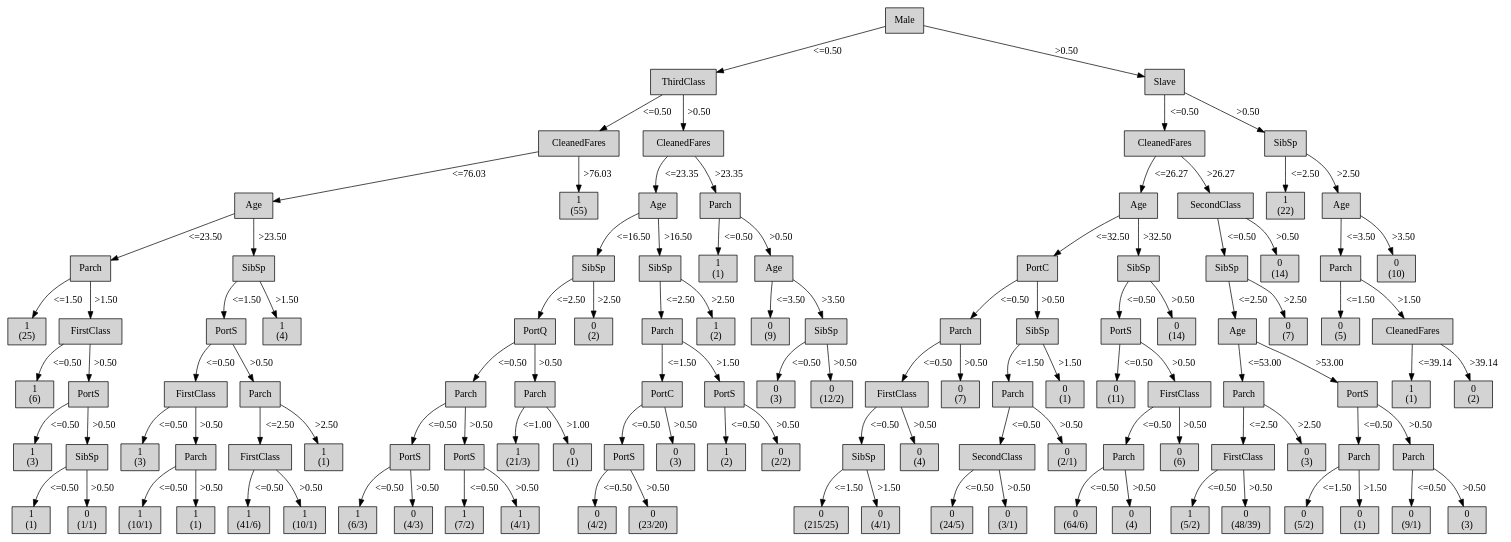
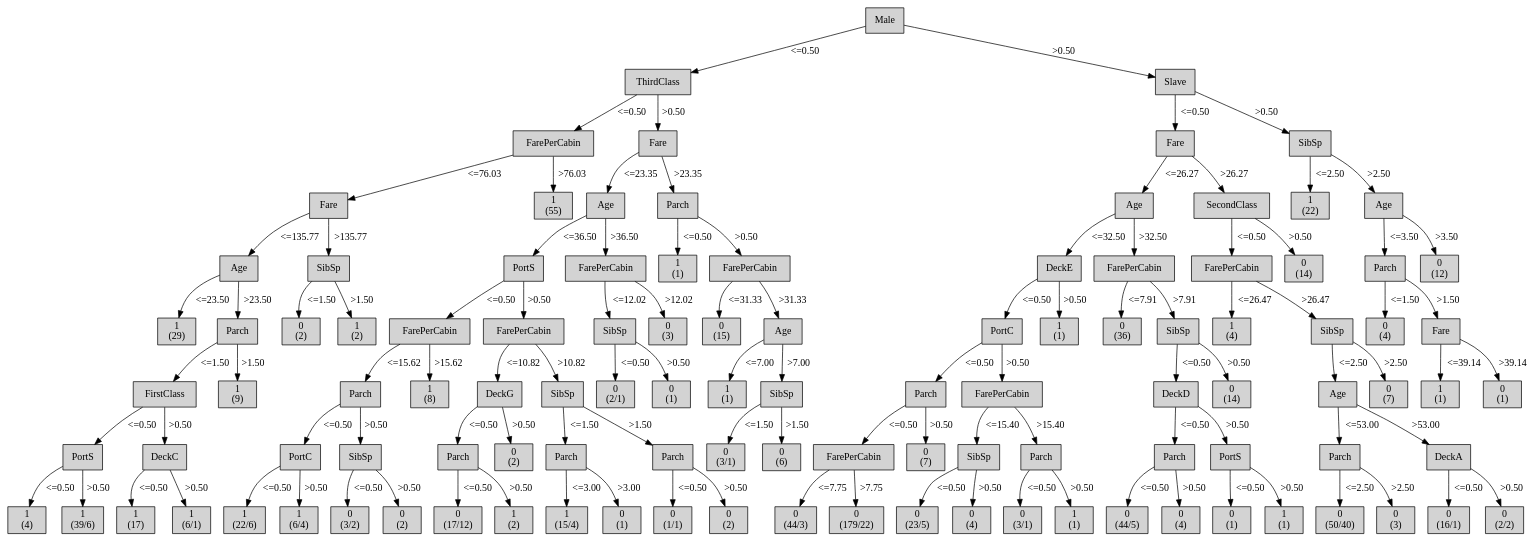
Before and after one commit to mklb/BI-Python3: the diagram in output/tree-generator-8/tree.dot, drawn with Graphviz. The commit also changed 13 other files, not shown here.

```diff
--- a/output/tree-generator-8/tree.dot
+++ b/output/tree-generator-8/tree.dot
@@ -4,403 +4,389 @@
 "1" [shape=box, style=filled, label="ThirdClass
 ", weight=2]
 0 -> 1 [ label = "<=0.50"];
-"2" [shape=box, style=filled, label="CleanedFares
+"2" [shape=box, style=filled, label="FarePerCabin
 ", weight=3]
 1 -> 2 [ label = "<=0.50"];
-"3" [shape=box, style=filled, label="Age
+"3" [shape=box, style=filled, label="Fare
 ", weight=4]
 2 -> 3 [ label = "<=76.03"];
-"4" [shape=box, style=filled, label="Parch
+"4" [shape=box, style=filled, label="Age
 ", weight=5]
-3 -> 4 [ label = "<=23.50"];
+3 -> 4 [ label = "<=135.77"];
 "5" [shape=box, style=filled, label="1
-(25)
+(29)
 ", weight=6]
-4 -> 5 [ label = "<=1.50"];
-"6" [shape=box, style=filled, label="FirstClass
+4 -> 5 [ label = "<=23.50"];
+"6" [shape=box, style=filled, label="Parch
 ", weight=6]
-4 -> 6 [ label = ">1.50"];
-"7" [shape=box, style=filled, label="1
-(6)
+4 -> 6 [ label = ">23.50"];
+"7" [shape=box, style=filled, label="FirstClass
 ", weight=7]
-6 -> 7 [ label = "<=0.50"];
+6 -> 7 [ label = "<=1.50"];
 "8" [shape=box, style=filled, label="PortS
+", weight=8]
+7 -> 8 [ label = "<=0.50"];
+"9" [shape=box, style=filled, label="1
+(4)
+", weight=9]
+8 -> 9 [ label = "<=0.50"];
+"10" [shape=box, style=filled, label="1
+(39/6)
+", weight=9]
+8 -> 10 [ label = ">0.50"];
+"11" [shape=box, style=filled, label="DeckC
+", weight=8]
+7 -> 11 [ label = ">0.50"];
+"12" [shape=box, style=filled, label="1
+(17)
+", weight=9]
+11 -> 12 [ label = "<=0.50"];
+"13" [shape=box, style=filled, label="1
+(6/1)
+", weight=9]
+11 -> 13 [ label = ">0.50"];
+"14" [shape=box, style=filled, label="1
+(9)
 ", weight=7]
-6 -> 8 [ label = ">0.50"];
-"9" [shape=box, style=filled, label="1
-(3)
+6 -> 14 [ label = ">1.50"];
+"15" [shape=box, style=filled, label="SibSp
+", weight=5]
+3 -> 15 [ label = ">135.77"];
+"16" [shape=box, style=filled, label="0
+(2)
+", weight=6]
+15 -> 16 [ label = "<=1.50"];
+"17" [shape=box, style=filled, label="1
+(2)
+", weight=6]
+15 -> 17 [ label = ">1.50"];
+"18" [shape=box, style=filled, label="1
+(55)
+", weight=4]
+2 -> 18 [ label = ">76.03"];
+"19" [shape=box, style=filled, label="Fare
+", weight=3]
+1 -> 19 [ label = ">0.50"];
+"20" [shape=box, style=filled, label="Age
+", weight=4]
+19 -> 20 [ label = "<=23.35"];
+"21" [shape=box, style=filled, label="PortS
+", weight=5]
+20 -> 21 [ label = "<=36.50"];
+"22" [shape=box, style=filled, label="FarePerCabin
+", weight=6]
+21 -> 22 [ label = "<=0.50"];
+"23" [shape=box, style=filled, label="Parch
+", weight=7]
+22 -> 23 [ label = "<=15.62"];
+"24" [shape=box, style=filled, label="PortC
 ", weight=8]
-8 -> 9 [ label = "<=0.50"];
-"10" [shape=box, style=filled, label="SibSp
+23 -> 24 [ label = "<=0.50"];
+"25" [shape=box, style=filled, label="1
+(22/6)
+", weight=9]
+24 -> 25 [ label = "<=0.50"];
+"26" [shape=box, style=filled, label="1
+(6/4)
+", weight=9]
+24 -> 26 [ label = ">0.50"];
+"27" [shape=box, style=filled, label="SibSp
 ", weight=8]
-8 -> 10 [ label = ">0.50"];
-"11" [shape=box, style=filled, label="1
+23 -> 27 [ label = ">0.50"];
+"28" [shape=box, style=filled, label="0
+(3/2)
+", weight=9]
+27 -> 28 [ label = "<=0.50"];
+"29" [shape=box, style=filled, label="0
+(2)
+", weight=9]
+27 -> 29 [ label = ">0.50"];
+"30" [shape=box, style=filled, label="1
+(8)
+", weight=7]
+22 -> 30 [ label = ">15.62"];
+"31" [shape=box, style=filled, label="FarePerCabin
+", weight=6]
+21 -> 31 [ label = ">0.50"];
+"32" [shape=box, style=filled, label="DeckG
+", weight=7]
+31 -> 32 [ label = "<=10.82"];
+"33" [shape=box, style=filled, label="Parch
+", weight=8]
+32 -> 33 [ label = "<=0.50"];
+"34" [shape=box, style=filled, label="0
+(17/12)
+", weight=9]
+33 -> 34 [ label = "<=0.50"];
+"35" [shape=box, style=filled, label="1
+(2)
+", weight=9]
+33 -> 35 [ label = ">0.50"];
+"36" [shape=box, style=filled, label="0
+(2)
+", weight=8]
+32 -> 36 [ label = ">0.50"];
+"37" [shape=box, style=filled, label="SibSp
+", weight=7]
+31 -> 37 [ label = ">10.82"];
+"38" [shape=box, style=filled, label="Parch
+", weight=8]
+37 -> 38 [ label = "<=1.50"];
+"39" [shape=box, style=filled, label="1
+(15/4)
+", weight=9]
+38 -> 39 [ label = "<=3.00"];
+"40" [shape=box, style=filled, label="0
 (1)
 ", weight=9]
-10 -> 11 [ label = "<=0.50"];
-"12" [shape=box, style=filled, label="0
+38 -> 40 [ label = ">3.00"];
+"41" [shape=box, style=filled, label="Parch
+", weight=8]
+37 -> 41 [ label = ">1.50"];
+"42" [shape=box, style=filled, label="0
 (1/1)
 ", weight=9]
-10 -> 12 [ label = ">0.50"];
-"13" [shape=box, style=filled, label="SibSp
+41 -> 42 [ label = "<=0.50"];
+"43" [shape=box, style=filled, label="0
+(2)
+", weight=9]
+41 -> 43 [ label = ">0.50"];
+"44" [shape=box, style=filled, label="FarePerCabin
 ", weight=5]
-3 -> 13 [ label = ">23.50"];
-"14" [shape=box, style=filled, label="PortS
+20 -> 44 [ label = ">36.50"];
+"45" [shape=box, style=filled, label="SibSp
 ", weight=6]
-13 -> 14 [ label = "<=1.50"];
-"15" [shape=box, style=filled, label="FirstClass
+44 -> 45 [ label = "<=12.02"];
+"46" [shape=box, style=filled, label="0
+(2/1)
 ", weight=7]
-14 -> 15 [ label = "<=0.50"];
-"16" [shape=box, style=filled, label="1
-(3)
-", weight=8]
-15 -> 16 [ label = "<=0.50"];
-"17" [shape=box, style=filled, label="Parch
-", weight=8]
-15 -> 17 [ label = ">0.50"];
-"18" [shape=box, style=filled, label="1
-(10/1)
-", weight=9]
-17 -> 18 [ label = "<=0.50"];
-"19" [shape=box, style=filled, label="1
-(1)
-", weight=9]
-17 -> 19 [ label = ">0.50"];
-"20" [shape=box, style=filled, label="Parch
-", weight=7]
-14 -> 20 [ label = ">0.50"];
-"21" [shape=box, style=filled, label="FirstClass
-", weight=8]
-20 -> 21 [ label = "<=2.50"];
-"22" [shape=box, style=filled, label="1
-(41/6)
-", weight=9]
-21 -> 22 [ label = "<=0.50"];
-"23" [shape=box, style=filled, label="1
-(10/1)
-", weight=9]
-21 -> 23 [ label = ">0.50"];
-"24" [shape=box, style=filled, label="1
-(1)
-", weight=8]
-20 -> 24 [ label = ">2.50"];
-"25" [shape=box, style=filled, label="1
-(4)
-", weight=6]
-13 -> 25 [ label = ">1.50"];
-"26" [shape=box, style=filled, label="1
-(55)
-", weight=4]
-2 -> 26 [ label = ">76.03"];
-"27" [shape=box, style=filled, label="CleanedFares
-", weight=3]
-1 -> 27 [ label = ">0.50"];
-"28" [shape=box, style=filled, label="Age
-", weight=4]
-27 -> 28 [ label = "<=23.35"];
-"29" [shape=box, style=filled, label="SibSp
-", weight=5]
-28 -> 29 [ label = "<=16.50"];
-"30" [shape=box, style=filled, label="PortQ
-", weight=6]
-29 -> 30 [ label = "<=2.50"];
-"31" [shape=box, style=filled, label="Parch
-", weight=7]
-30 -> 31 [ label = "<=0.50"];
-"32" [shape=box, style=filled, label="PortS
-", weight=8]
-31 -> 32 [ label = "<=0.50"];
-"33" [shape=box, style=filled, label="1
-(6/3)
-", weight=9]
-32 -> 33 [ label = "<=0.50"];
-"34" [shape=box, style=filled, label="0
-(4/3)
-", weight=9]
-32 -> 34 [ label = ">0.50"];
-"35" [shape=box, style=filled, label="PortS
-", weight=8]
-31 -> 35 [ label = ">0.50"];
-"36" [shape=box, style=filled, label="1
-(7/2)
-", weight=9]
-35 -> 36 [ label = "<=0.50"];
-"37" [shape=box, style=filled, label="1
-(4/1)
-", weight=9]
-35 -> 37 [ label = ">0.50"];
-"38" [shape=box, style=filled, label="Parch
-", weight=7]
-30 -> 38 [ label = ">0.50"];
-"39" [shape=box, style=filled, label="1
-(21/3)
-", weight=8]
-38 -> 39 [ label = "<=1.00"];
-"40" [shape=box, style=filled, label="0
-(1)
-", weight=8]
-38 -> 40 [ label = ">1.00"];
-"41" [shape=box, style=filled, label="0
-(2)
-", weight=6]
-29 -> 41 [ label = ">2.50"];
-"42" [shape=box, style=filled, label="SibSp
-", weight=5]
-28 -> 42 [ label = ">16.50"];
-"43" [shape=box, style=filled, label="Parch
-", weight=6]
-42 -> 43 [ label = "<=2.50"];
-"44" [shape=box, style=filled, label="PortC
-", weight=7]
-43 -> 44 [ label = "<=1.50"];
-"45" [shape=box, style=filled, label="PortS
-", weight=8]
-44 -> 45 [ label = "<=0.50"];
-"46" [shape=box, style=filled, label="0
-(4/2)
-", weight=9]
 45 -> 46 [ label = "<=0.50"];
 "47" [shape=box, style=filled, label="0
-(23/20)
-", weight=9]
+(1)
+", weight=7]
 45 -> 47 [ label = ">0.50"];
 "48" [shape=box, style=filled, label="0
 (3)
-", weight=8]
-44 -> 48 [ label = ">0.50"];
-"49" [shape=box, style=filled, label="PortS
-", weight=7]
-43 -> 49 [ label = ">1.50"];
+", weight=6]
+44 -> 48 [ label = ">12.02"];
+"49" [shape=box, style=filled, label="Parch
+", weight=4]
+19 -> 49 [ label = ">23.35"];
 "50" [shape=box, style=filled, label="1
-(2)
-", weight=8]
+(1)
+", weight=5]
 49 -> 50 [ label = "<=0.50"];
-"51" [shape=box, style=filled, label="0
-(2/2)
-", weight=8]
+"51" [shape=box, style=filled, label="FarePerCabin
+", weight=5]
 49 -> 51 [ label = ">0.50"];
-"52" [shape=box, style=filled, label="1
-(2)
+"52" [shape=box, style=filled, label="0
+(15)
 ", weight=6]
-42 -> 52 [ label = ">2.50"];
-"53" [shape=box, style=filled, label="Parch
-", weight=4]
-27 -> 53 [ label = ">23.35"];
+51 -> 52 [ label = "<=31.33"];
+"53" [shape=box, style=filled, label="Age
+", weight=6]
+51 -> 53 [ label = ">31.33"];
 "54" [shape=box, style=filled, label="1
 (1)
+", weight=7]
+53 -> 54 [ label = "<=7.00"];
+"55" [shape=box, style=filled, label="SibSp
+", weight=7]
+53 -> 55 [ label = ">7.00"];
+"56" [shape=box, style=filled, label="0
+(3/1)
+", weight=8]
+55 -> 56 [ label = "<=1.50"];
+"57" [shape=box, style=filled, label="0
+(6)
+", weight=8]
+55 -> 57 [ label = ">1.50"];
+"58" [shape=box, style=filled, label="Slave
+", weight=2]
+0 -> 58 [ label = ">0.50"];
+"59" [shape=box, style=filled, label="Fare
+", weight=3]
+58 -> 59 [ label = "<=0.50"];
+"60" [shape=box, style=filled, label="Age
+", weight=4]
+59 -> 60 [ label = "<=26.27"];
+"61" [shape=box, style=filled, label="DeckE
 ", weight=5]
-53 -> 54 [ label = "<=0.50"];
-"55" [shape=box, style=filled, label="Age
-", weight=5]
-53 -> 55 [ label = ">0.50"];
-"56" [shape=box, style=filled, label="0
-(9)
+60 -> 61 [ label = "<=32.50"];
+"62" [shape=box, style=filled, label="PortC
 ", weight=6]
-55 -> 56 [ label = "<=3.50"];
-"57" [shape=box, style=filled, label="SibSp
-", weight=6]
-55 -> 57 [ label = ">3.50"];
-"58" [shape=box, style=filled, label="0
-(3)
+61 -> 62 [ label = "<=0.50"];
+"63" [shape=box, style=filled, label="Parch
 ", weight=7]
-57 -> 58 [ label = "<=0.50"];
-"59" [shape=box, style=filled, label="0
-(12/2)
+62 -> 63 [ label = "<=0.50"];
+"64" [shape=box, style=filled, label="FarePerCabin
+", weight=8]
+63 -> 64 [ label = "<=0.50"];
+"65" [shape=box, style=filled, label="0
+(44/3)
+", weight=9]
+64 -> 65 [ label = "<=7.75"];
+"66" [shape=box, style=filled, label="0
+(179/22)
+", weight=9]
+64 -> 66 [ label = ">7.75"];
+"67" [shape=box, style=filled, label="0
+(7)
+", weight=8]
+63 -> 67 [ label = ">0.50"];
+"68" [shape=box, style=filled, label="FarePerCabin
 ", weight=7]
-57 -> 59 [ label = ">0.50"];
-"60" [shape=box, style=filled, label="Slave
-", weight=2]
-0 -> 60 [ label = ">0.50"];
-"61" [shape=box, style=filled, label="CleanedFares
-", weight=3]
-60 -> 61 [ label = "<=0.50"];
-"62" [shape=box, style=filled, label="Age
-", weight=4]
-61 -> 62 [ label = "<=26.27"];
-"63" [shape=box, style=filled, label="PortC
-", weight=5]
-62 -> 63 [ label = "<=32.50"];
-"64" [shape=box, style=filled, label="Parch
-", weight=6]
-63 -> 64 [ label = "<=0.50"];
-"65" [shape=box, style=filled, label="FirstClass
-", weight=7]
-64 -> 65 [ label = "<=0.50"];
-"66" [shape=box, style=filled, label="SibSp
+62 -> 68 [ label = ">0.50"];
+"69" [shape=box, style=filled, label="SibSp
 ", weight=8]
-65 -> 66 [ label = "<=0.50"];
-"67" [shape=box, style=filled, label="0
-(215/25)
+68 -> 69 [ label = "<=15.40"];
+"70" [shape=box, style=filled, label="0
+(23/5)
 ", weight=9]
-66 -> 67 [ label = "<=1.50"];
-"68" [shape=box, style=filled, label="0
-(4/1)
+69 -> 70 [ label = "<=0.50"];
+"71" [shape=box, style=filled, label="0
+(4)
 ", weight=9]
-66 -> 68 [ label = ">1.50"];
-"69" [shape=box, style=filled, label="0
-(4)
+69 -> 71 [ label = ">0.50"];
+"72" [shape=box, style=filled, label="Parch
 ", weight=8]
-65 -> 69 [ label = ">0.50"];
-"70" [shape=box, style=filled, label="0
-(7)
-", weight=7]
-64 -> 70 [ label = ">0.50"];
-"71" [shape=box, style=filled, label="SibSp
-", weight=6]
-63 -> 71 [ label = ">0.50"];
-"72" [shape=box, style=filled, label="Parch
-", weight=7]
-71 -> 72 [ label = "<=1.50"];
-"73" [shape=box, style=filled, label="SecondClass
-", weight=8]
-72 -> 73 [ label = "<=0.50"];
-"74" [shape=box, style=filled, label="0
-(24/5)
-", weight=9]
-73 -> 74 [ label = "<=0.50"];
-"75" [shape=box, style=filled, label="0
+68 -> 72 [ label = ">15.40"];
+"73" [shape=box, style=filled, label="0
 (3/1)
 ", weight=9]
-73 -> 75 [ label = ">0.50"];
-"76" [shape=box, style=filled, label="0
-(2/1)
+72 -> 73 [ label = "<=0.50"];
+"74" [shape=box, style=filled, label="1
+(1)
+", weight=9]
+72 -> 74 [ label = ">0.50"];
+"75" [shape=box, style=filled, label="1
+(1)
+", weight=6]
+61 -> 75 [ label = ">0.50"];
+"76" [shape=box, style=filled, label="FarePerCabin
+", weight=5]
+60 -> 76 [ label = ">32.50"];
+"77" [shape=box, style=filled, label="0
+(36)
+", weight=6]
+76 -> 77 [ label = "<=7.91"];
+"78" [shape=box, style=filled, label="SibSp
+", weight=6]
+76 -> 78 [ label = ">7.91"];
+"79" [shape=box, style=filled, label="DeckD
+", weight=7]
+78 -> 79 [ label = "<=0.50"];
+"80" [shape=box, style=filled, label="Parch
 ", weight=8]
-72 -> 76 [ label = ">0.50"];
-"77" [shape=box, style=filled, label="0
-(1)
-", weight=7]
-71 -> 77 [ label = ">1.50"];
-"78" [shape=box, style=filled, label="SibSp
-", weight=5]
-62 -> 78 [ label = ">32.50"];
-"79" [shape=box, style=filled, label="PortS
-", weight=6]
-78 -> 79 [ label = "<=0.50"];
-"80" [shape=box, style=filled, label="0
-(11)
-", weight=7]
 79 -> 80 [ label = "<=0.50"];
-"81" [shape=box, style=filled, label="FirstClass
-", weight=7]
-79 -> 81 [ label = ">0.50"];
-"82" [shape=box, style=filled, label="Parch
-", weight=8]
-81 -> 82 [ label = "<=0.50"];
-"83" [shape=box, style=filled, label="0
-(64/6)
+"81" [shape=box, style=filled, label="0
+(44/5)
 ", weight=9]
-82 -> 83 [ label = "<=0.50"];
-"84" [shape=box, style=filled, label="0
+80 -> 81 [ label = "<=0.50"];
+"82" [shape=box, style=filled, label="0
 (4)
 ", weight=9]
-82 -> 84 [ label = ">0.50"];
-"85" [shape=box, style=filled, label="0
-(6)
+80 -> 82 [ label = ">0.50"];
+"83" [shape=box, style=filled, label="PortS
 ", weight=8]
-81 -> 85 [ label = ">0.50"];
+79 -> 83 [ label = ">0.50"];
+"84" [shape=box, style=filled, label="0
+(1)
+", weight=9]
+83 -> 84 [ label = "<=0.50"];
+"85" [shape=box, style=filled, label="1
+(1)
+", weight=9]
+83 -> 85 [ label = ">0.50"];
 "86" [shape=box, style=filled, label="0
 (14)
-", weight=6]
+", weight=7]
 78 -> 86 [ label = ">0.50"];
 "87" [shape=box, style=filled, label="SecondClass
 ", weight=4]
-61 -> 87 [ label = ">26.27"];
-"88" [shape=box, style=filled, label="SibSp
+59 -> 87 [ label = ">26.27"];
+"88" [shape=box, style=filled, label="FarePerCabin
 ", weight=5]
 87 -> 88 [ label = "<=0.50"];
-"89" [shape=box, style=filled, label="Age
+"89" [shape=box, style=filled, label="1
+(4)
 ", weight=6]
-88 -> 89 [ label = "<=2.50"];
-"90" [shape=box, style=filled, label="Parch
+88 -> 89 [ label = "<=26.47"];
+"90" [shape=box, style=filled, label="SibSp
+", weight=6]
+88 -> 90 [ label = ">26.47"];
+"91" [shape=box, style=filled, label="Age
 ", weight=7]
-89 -> 90 [ label = "<=53.00"];
-"91" [shape=box, style=filled, label="FirstClass
+90 -> 91 [ label = "<=2.50"];
+"92" [shape=box, style=filled, label="Parch
 ", weight=8]
-90 -> 91 [ label = "<=2.50"];
-"92" [shape=box, style=filled, label="1
-(5/2)
+91 -> 92 [ label = "<=53.00"];
+"93" [shape=box, style=filled, label="0
+(50/40)
 ", weight=9]
-91 -> 92 [ label = "<=0.50"];
-"93" [shape=box, style=filled, label="0
-(48/39)
-", weight=9]
-91 -> 93 [ label = ">0.50"];
+92 -> 93 [ label = "<=2.50"];
 "94" [shape=box, style=filled, label="0
 (3)
+", weight=9]
+92 -> 94 [ label = ">2.50"];
+"95" [shape=box, style=filled, label="DeckA
 ", weight=8]
-90 -> 94 [ label = ">2.50"];
-"95" [shape=box, style=filled, label="PortS
-", weight=7]
-89 -> 95 [ label = ">53.00"];
-"96" [shape=box, style=filled, label="Parch
-", weight=8]
+91 -> 95 [ label = ">53.00"];
+"96" [shape=box, style=filled, label="0
+(16/1)
+", weight=9]
 95 -> 96 [ label = "<=0.50"];
 "97" [shape=box, style=filled, label="0
-(5/2)
+(2/2)
 ", weight=9]
-96 -> 97 [ label = "<=1.50"];
+95 -> 97 [ label = ">0.50"];
 "98" [shape=box, style=filled, label="0
-(1)
-", weight=9]
-96 -> 98 [ label = ">1.50"];
-"99" [shape=box, style=filled, label="Parch
-", weight=8]
-95 -> 99 [ label = ">0.50"];
-"100" [shape=box, style=filled, label="0
-(9/1)
-", weight=9]
-99 -> 100 [ label = "<=0.50"];
-"101" [shape=box, style=filled, label="0
-(3)
-", weight=9]
-99 -> 101 [ label = ">0.50"];
-"102" [shape=box, style=filled, label="0
 (7)
-", weight=6]
-88 -> 102 [ label = ">2.50"];
-"103" [shape=box, style=filled, label="0
+", weight=7]
+90 -> 98 [ label = ">2.50"];
+"99" [shape=box, style=filled, label="0
 (14)
 ", weight=5]
-87 -> 103 [ label = ">0.50"];
-"104" [shape=box, style=filled, label="SibSp
+87 -> 99 [ label = ">0.50"];
+"100" [shape=box, style=filled, label="SibSp
 ", weight=3]
-60 -> 104 [ label = ">0.50"];
-"105" [shape=box, style=filled, label="1
+58 -> 100 [ label = ">0.50"];
+"101" [shape=box, style=filled, label="1
 (22)
 ", weight=4]
-104 -> 105 [ label = "<=2.50"];
-"106" [shape=box, style=filled, label="Age
+100 -> 101 [ label = "<=2.50"];
+"102" [shape=box, style=filled, label="Age
 ", weight=4]
-104 -> 106 [ label = ">2.50"];
-"107" [shape=box, style=filled, label="Parch
+100 -> 102 [ label = ">2.50"];
+"103" [shape=box, style=filled, label="Parch
 ", weight=5]
-106 -> 107 [ label = "<=3.50"];
-"108" [shape=box, style=filled, label="0
-(5)
+102 -> 103 [ label = "<=3.50"];
+"104" [shape=box, style=filled, label="0
+(4)
 ", weight=6]
-107 -> 108 [ label = "<=1.50"];
-"109" [shape=box, style=filled, label="CleanedFares
+103 -> 104 [ label = "<=1.50"];
+"105" [shape=box, style=filled, label="Fare
 ", weight=6]
-107 -> 109 [ label = ">1.50"];
-"110" [shape=box, style=filled, label="1
+103 -> 105 [ label = ">1.50"];
+"106" [shape=box, style=filled, label="1
 (1)
 ", weight=7]
-109 -> 110 [ label = "<=39.14"];
-"111" [shape=box, style=filled, label="0
-(2)
+105 -> 106 [ label = "<=39.14"];
+"107" [shape=box, style=filled, label="0
+(1)
 ", weight=7]
-109 -> 111 [ label = ">39.14"];
-"112" [shape=box, style=filled, label="0
-(10)
+105 -> 107 [ label = ">39.14"];
+"108" [shape=box, style=filled, label="0
+(12)
 ", weight=5]
-106 -> 112 [ label = ">3.50"];
+102 -> 108 [ label = ">3.50"];
 {rank=same; 0;};
-{rank=same; 1;60;};
-{rank=same; 2;27;61;104;};
-{rank=same; 3;26;28;53;62;87;105;106;};
-{rank=same; 4;13;29;42;54;55;63;78;88;103;107;112;};
-{rank=same; 5;6;14;25;30;41;43;52;56;57;64;71;79;86;89;102;108;109;};
-{rank=same; 7;8;15;20;31;38;44;49;58;59;65;70;72;77;80;81;90;95;110;111;};
-{rank=same; 9;10;16;17;21;24;32;35;39;40;45;48;50;51;66;69;73;76;82;85;91;94;96;99;};
-{rank=same; 11;12;18;19;22;23;33;34;36;37;46;47;67;68;74;75;83;84;92;93;97;98;100;101;};
+{rank=same; 1;58;};
+{rank=same; 2;19;59;100;};
+{rank=same; 3;18;20;49;60;87;101;102;};
+{rank=same; 4;15;21;44;50;51;61;76;88;99;103;108;};
+{rank=same; 5;6;16;17;22;31;45;48;52;53;62;75;77;78;89;90;104;105;};
+{rank=same; 7;14;23;30;32;37;46;47;54;55;63;68;79;86;91;98;106;107;};
+{rank=same; 8;11;24;27;33;36;38;41;56;57;64;67;69;72;80;83;92;95;};
+{rank=same; 9;10;12;13;25;26;28;29;34;35;39;40;42;43;65;66;70;71;73;74;81;82;84;85;93;94;96;97;};
 }
```
